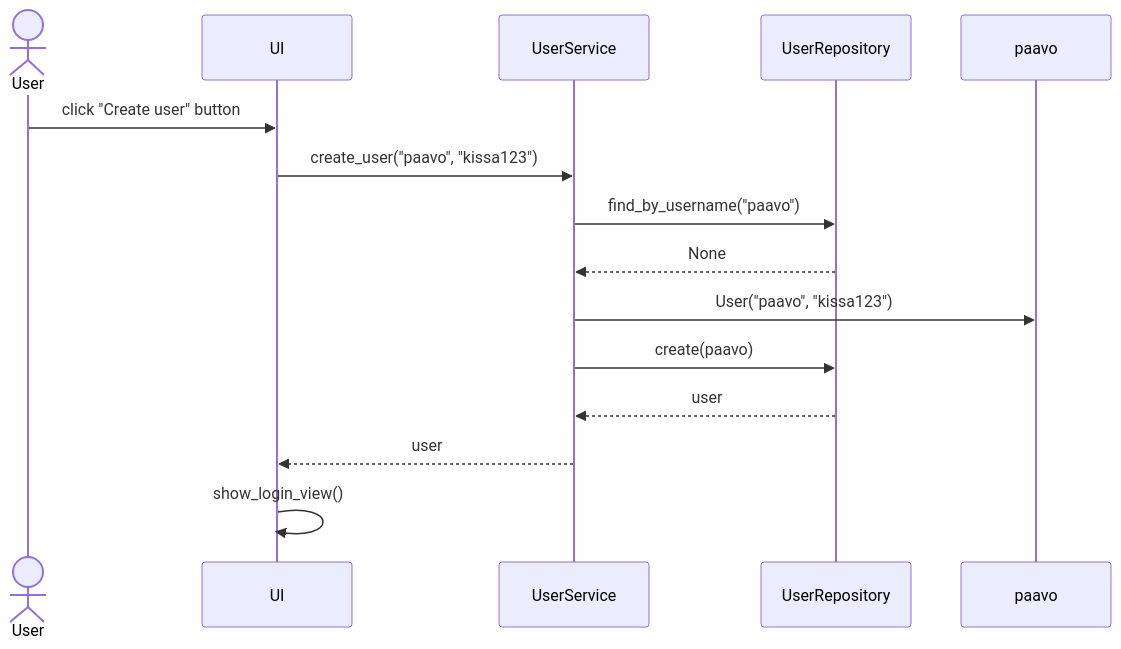
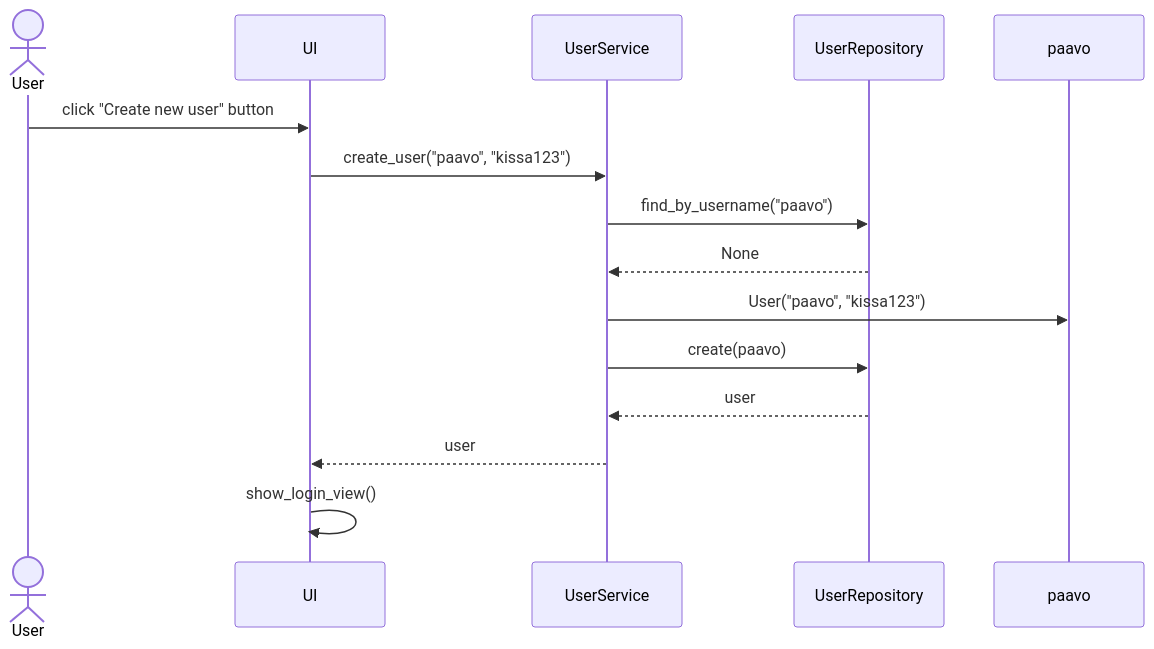
One commit to rautiais/ot-harjoitustyo changed the diagram in volleystats-app/dokumentaatio/arkkitehtuuri.md. Above: the diagram before and after it, drawn with Mermaid. The commit also changed other lines of this file, not shown here.

Commit message:
Made modifications to the sequence diagram

````diff
--- a/volleystats-app/dokumentaatio/arkkitehtuuri.md
+++ b/volleystats-app/dokumentaatio/arkkitehtuuri.md
@@ -11,17 +11,17 @@
 ```mermaid
 sequenceDiagram
   actor User
   participant UI
   participant UserService
   participant UserRepository
   participant paavo
-  User->>UI: click "Create user" button
+  User->>UI: click "Create new user" button
   UI->>UserService: create_user("paavo", "kissa123")
   UserService->>UserRepository: find_by_username("paavo")
   UserRepository-->>UserService: None
   UserService->>paavo: User("paavo", "kissa123")
   UserService->>UserRepository: create(paavo)
   UserRepository-->>UserService: user
   UserService-->>UI: user
   UI->>UI: show_login_view()
 ```
````
